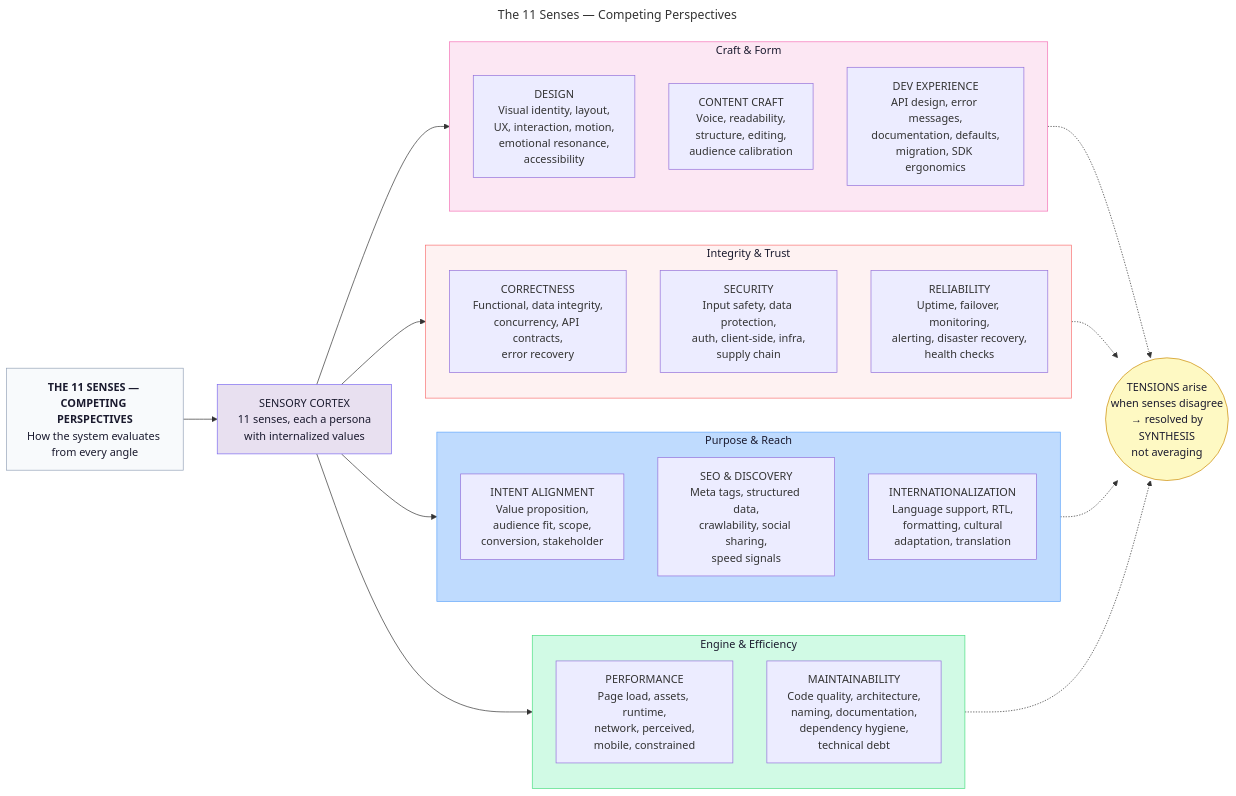
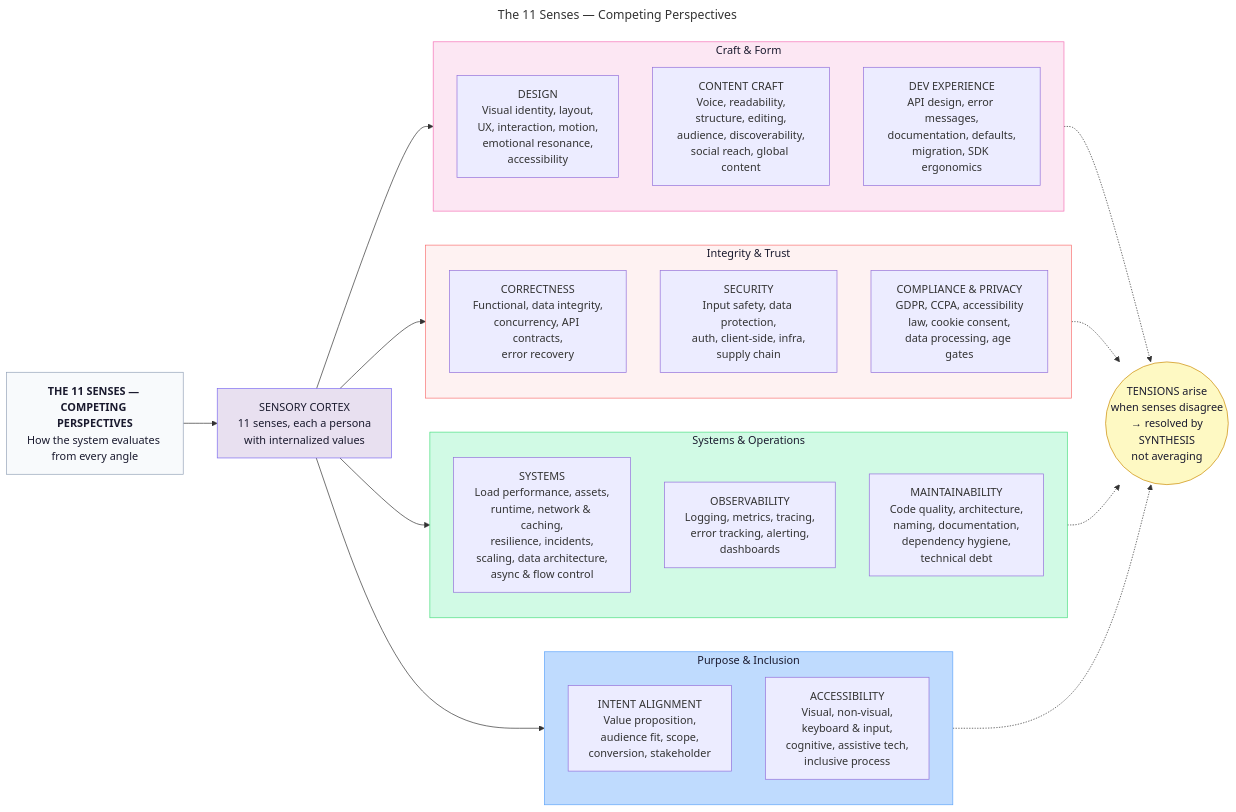
The diagram in diagrams/01-sense-tree.mmd (Joinery-dev/agent-cortex), drawn with Mermaid before and after one commit. The commit also changed 57 other files, not shown here.

```diff
--- a/diagrams/01-sense-tree.mmd
+++ b/diagrams/01-sense-tree.mmd
@@ -1,53 +1,53 @@
 ---
 title: "The 11 Senses — Competing Perspectives"
 scope: global
 ---
 flowchart LR
     TITLE["<b>THE 11 SENSES — COMPETING PERSPECTIVES</b><br/>How the system evaluates from every angle"]
     style TITLE fill:#f8fafc,stroke:#94a3b8,color:#1a1a2e
 
     TITLE --> ROOT
 
     ROOT["SENSORY CORTEX<br/>11 senses, each a persona<br/>with internalized values"]
 
     subgraph CRAFT["Craft & Form"]
         DESIGN["DESIGN<br/>Visual identity, layout,<br/>UX, interaction, motion,<br/>emotional resonance,<br/>accessibility"]
-        CONTENT["CONTENT CRAFT<br/>Voice, readability,<br/>structure, editing,<br/>audience calibration"]
+        CONTENT["CONTENT CRAFT<br/>Voice, readability,<br/>structure, editing,<br/>audience, discoverability,<br/>social reach, global content"]
         DX["DEV EXPERIENCE<br/>API design, error messages,<br/>documentation, defaults,<br/>migration, SDK ergonomics"]
     end
 
     subgraph INTEGRITY["Integrity & Trust"]
         CORRECT["CORRECTNESS<br/>Functional, data integrity,<br/>concurrency, API contracts,<br/>error recovery"]
         SECURITY["SECURITY<br/>Input safety, data protection,<br/>auth, client-side, infra,<br/>supply chain"]
-        RELIABLE["RELIABILITY<br/>Uptime, failover, monitoring,<br/>alerting, disaster recovery,<br/>health checks"]
+        COMPLIANCE["COMPLIANCE & PRIVACY<br/>GDPR, CCPA, accessibility<br/>law, cookie consent,<br/>data processing, age gates"]
     end
 
-    subgraph PURPOSE["Purpose & Reach"]
-        INTENT["INTENT ALIGNMENT<br/>Value proposition,<br/>audience fit, scope,<br/>conversion, stakeholder"]
-        SEO["SEO & DISCOVERY<br/>Meta tags, structured data,<br/>crawlability, social sharing,<br/>speed signals"]
-        I18N["INTERNATIONALIZATION<br/>Language support, RTL,<br/>formatting, cultural<br/>adaptation, translation"]
+    subgraph OPS["Systems & Operations"]
+        SYSTEMS["SYSTEMS<br/>Load performance, assets,<br/>runtime, network & caching,<br/>resilience, incidents,<br/>scaling, data architecture,<br/>async & flow control"]
+        OBSERVE["OBSERVABILITY<br/>Logging, metrics, tracing,<br/>error tracking, alerting,<br/>dashboards"]
+        MAINTAIN["MAINTAINABILITY<br/>Code quality, architecture,<br/>naming, documentation,<br/>dependency hygiene,<br/>technical debt"]
     end
 
-    subgraph ENGINE["Engine & Efficiency"]
-        PERF["PERFORMANCE<br/>Page load, assets, runtime,<br/>network, perceived,<br/>mobile, constrained"]
-        MAINTAIN["MAINTAINABILITY<br/>Code quality, architecture,<br/>naming, documentation,<br/>dependency hygiene,<br/>technical debt"]
+    subgraph PURPOSE["Purpose & Inclusion"]
+        INTENT["INTENT ALIGNMENT<br/>Value proposition,<br/>audience fit, scope,<br/>conversion, stakeholder"]
+        ACCESS["ACCESSIBILITY<br/>Visual, non-visual,<br/>keyboard & input,<br/>cognitive, assistive tech,<br/>inclusive process"]
     end
 
     ROOT --> CRAFT
     ROOT --> INTEGRITY
+    ROOT --> OPS
     ROOT --> PURPOSE
-    ROOT --> ENGINE
 
     CRAFT -.-> TENSION
     INTEGRITY -.-> TENSION
+    OPS -.-> TENSION
     PURPOSE -.-> TENSION
-    ENGINE -.-> TENSION
 
     TENSION(("TENSIONS arise<br/>when senses disagree<br/>→ resolved by<br/>SYNTHESIS<br/>not averaging"))
 
     style CRAFT fill:#fce7f3,stroke:#f472b6,color:#1a1a2e
     style INTEGRITY fill:#fef2f2,stroke:#f87171,color:#1a1a2e
+    style OPS fill:#d1fae5,stroke:#4ade80,color:#1a1a2e
     style PURPOSE fill:#bfdbfe,stroke:#60a5fa,color:#1a1a2e
-    style ENGINE fill:#d1fae5,stroke:#4ade80,color:#1a1a2e
     style TENSION fill:#fef9c3,stroke:#ca8a04,color:#1a1a2e
     style ROOT fill:#e8e0f0,stroke:#7c6af0,color:#1a1a2e
```
